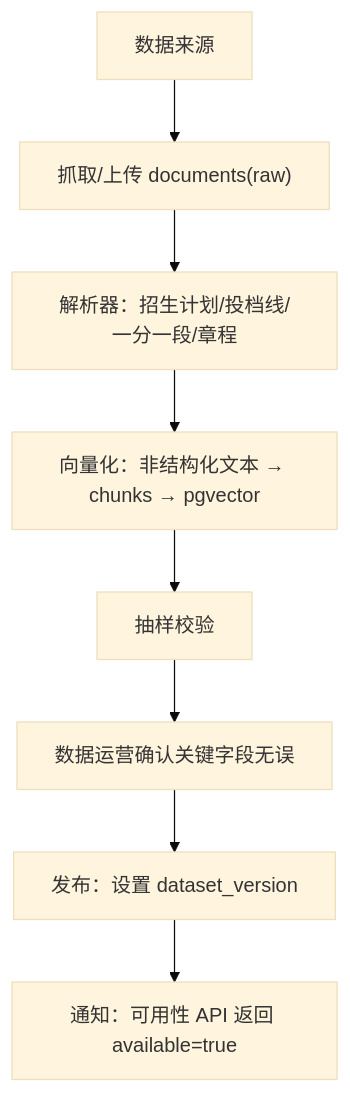
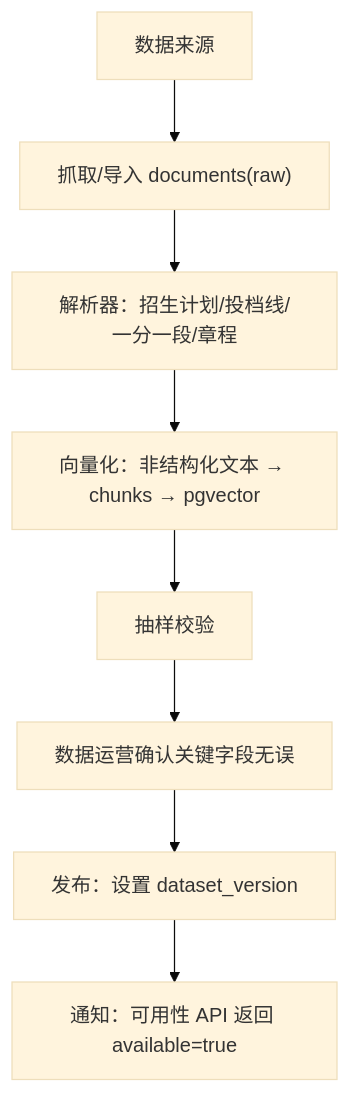
Before and after one commit to debugzhao/jin-guide: the third of 5 diagrams in docs/backend-prd-v2.md, drawn with Mermaid (base theme). The commit also changed other lines of this file and 2 other files, not shown here.

````diff
--- a/docs/backend-prd-v2.md
+++ b/docs/backend-prd-v2.md
@@ -725,10 +735,10 @@
 ```mermaid
 flowchart TD
-  SRC["数据来源"] --> FETCH["抓取/上传 documents(raw)"]
+  SRC["数据来源"] --> FETCH["抓取/导入 documents(raw)"]
   FETCH --> PARSE["解析器：招生计划/投档线/一分一段/章程"]
   PARSE --> CHUNK["向量化：非结构化文本 → chunks → pgvector"]
   CHUNK --> SAMPLE["抽样校验"]
   SAMPLE --> VERIFY["数据运营确认关键字段无误"]
   VERIFY --> PUBLISH["发布：设置 dataset_version"]
   PUBLISH --> ANNOUNCE["通知：可用性 API 返回 available=true"]
 ```
````
